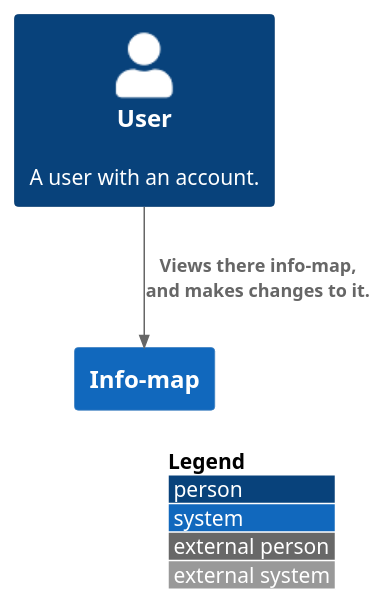
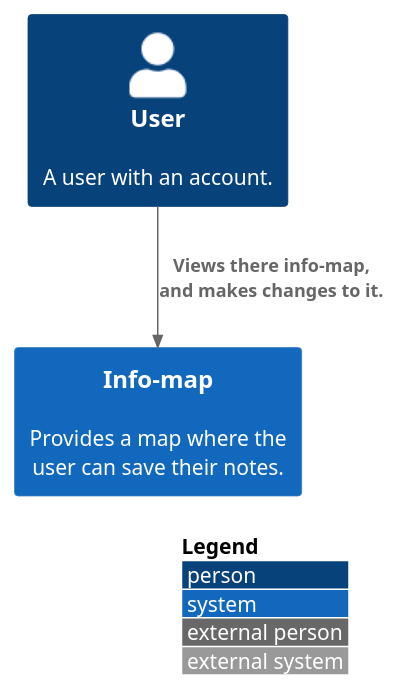
One commit to FHICT-S-Koen/info-map-docs changed the diagram in diagrams/context.puml. Above: the diagram before and after it, drawn with PlantUML. The commit also changed 2 other files, not shown here.

Commit message:
updated diagrams

```diff
--- a/diagrams/context.puml
+++ b/diagrams/context.puml
@@ -1,10 +1,10 @@
 @startuml C4_Elements
 !include https://raw.githubusercontent.com/plantuml-stdlib/C4-PlantUML/master/C4_Context.puml
 
 LAYOUT_WITH_LEGEND()
 
 Person(user, "User", "A user with an account.")
-System(info_map, "Info-map")
+System(info_map, "Info-map", "Provides a map where the user can save their notes.")
 
 Rel(user, info_map, "Views there info-map, and makes changes to it.")
 @enduml
```
